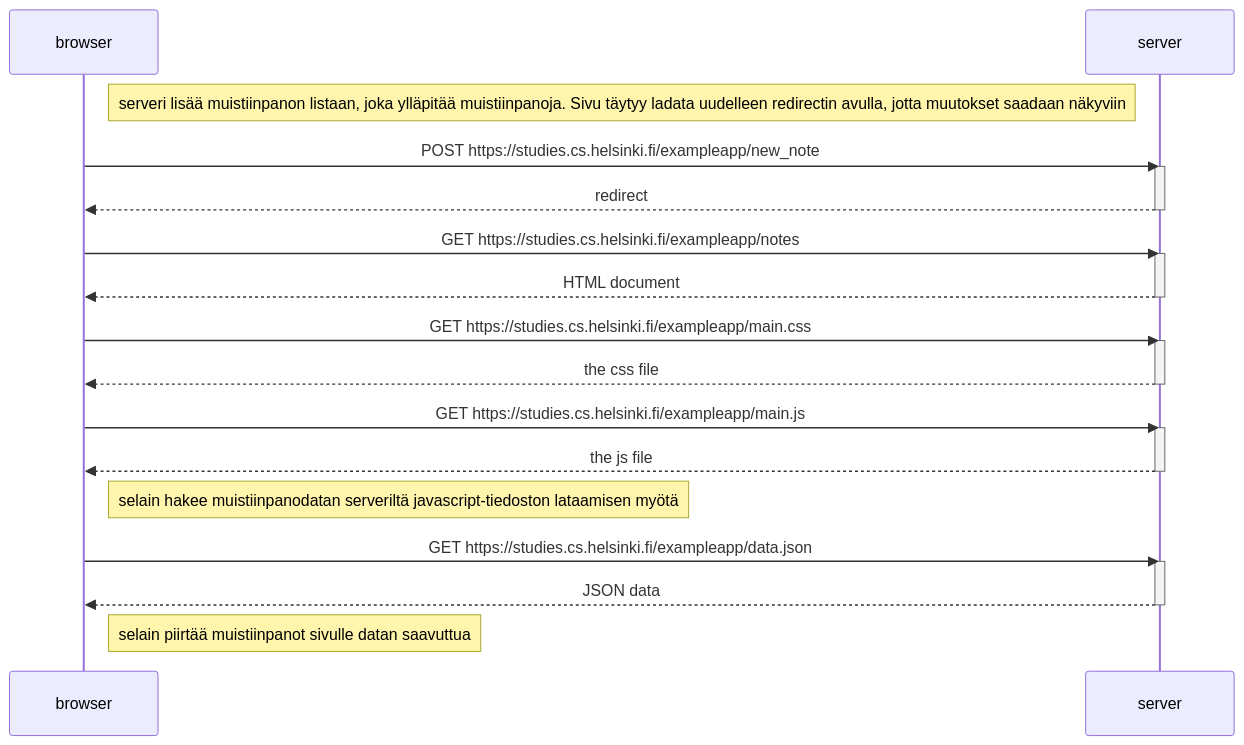
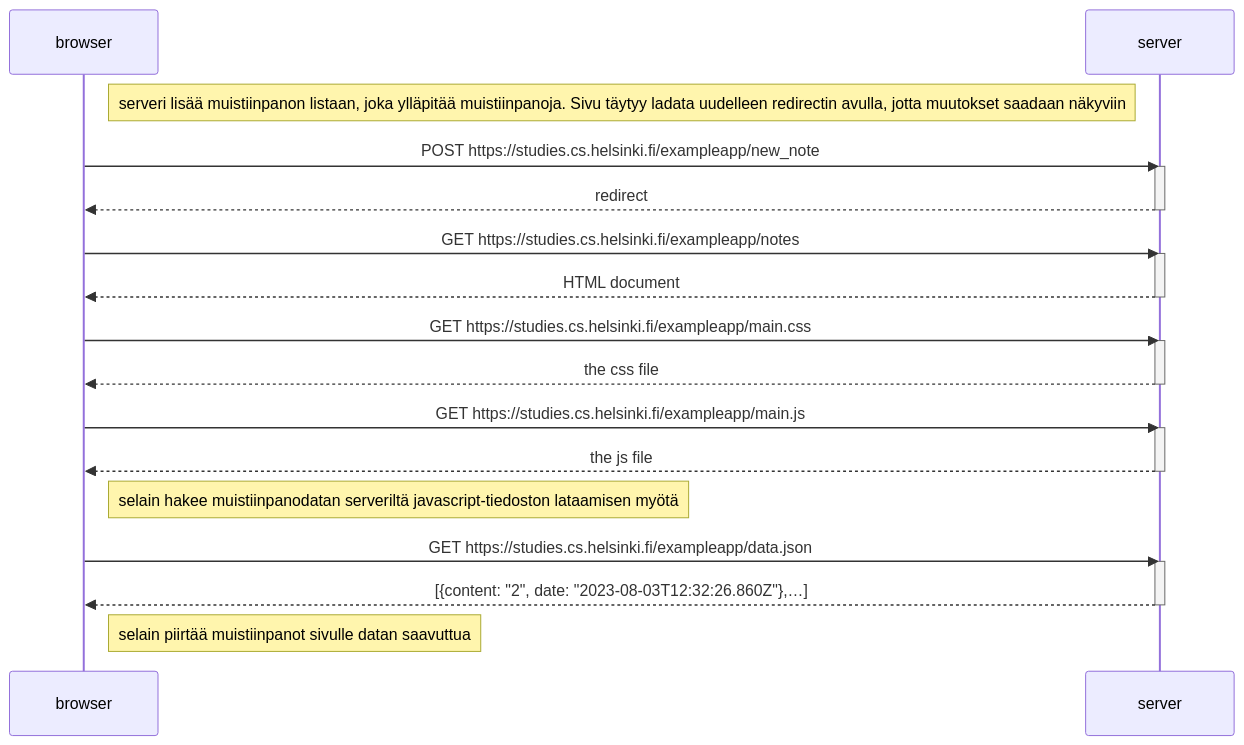
The diagram in osa0/0_4_uusi_muistiinpano.md (Kugzz/FullStackOpenPalautus), drawn with Mermaid before and after one commit.

Commit message:
json data muutettu paremman näköseksi

````diff
--- a/osa0/0_4_uusi_muistiinpano.md
+++ b/osa0/0_4_uusi_muistiinpano.md
@@ -1,34 +1,34 @@
 ```mermaid
 sequenceDiagram
     participant browser
     participant server
 
     note left of server: serveri lisää muistiinpanon listaan, joka ylläpitää muistiinpanoja. Sivu täytyy ladata uudelleen redirectin avulla, jotta muutokset saadaan näkyviin
     browser->>server:POST https://studies.cs.helsinki.fi/exampleapp/new_note
     activate server
     server-->>browser: redirect
     deactivate server
 
     browser->>server:GET https://studies.cs.helsinki.fi/exampleapp/notes
     activate server
     server-->>browser: HTML document
     deactivate server
 
     browser->>server:GET https://studies.cs.helsinki.fi/exampleapp/main.css
     activate server
     server-->>browser: the css file
     deactivate server
 
     browser->>server: GET https://studies.cs.helsinki.fi/exampleapp/main.js
     activate server
     server-->>browser: the js file
     deactivate server
 
     note right of browser: selain hakee muistiinpanodatan serveriltä javascript-tiedoston lataamisen myötä
     browser->>server: GET https://studies.cs.helsinki.fi/exampleapp/data.json
     activate server
-    server-->>browser: JSON data
+    server-->>browser: [{content: "2", date: "2023-08-03T12:32:26.860Z"},…]
     deactivate server
     note right of browser: selain piirtää muistiinpanot sivulle datan saavuttua
 
 ```
````
